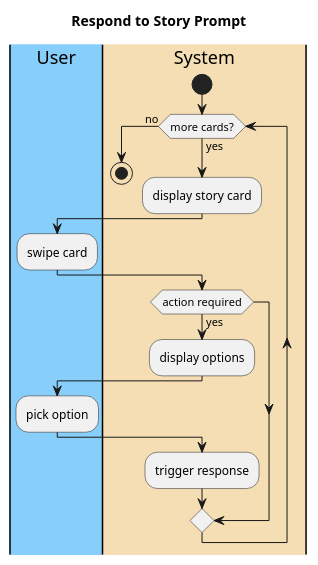
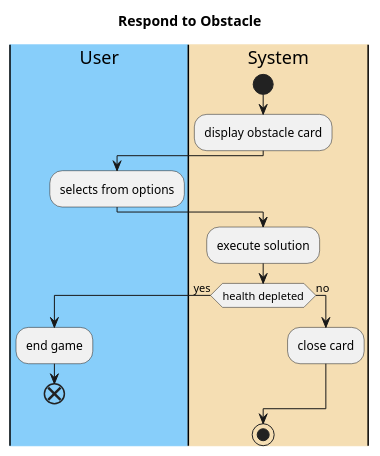
One commit to emutchek/MaraudersAtSea changed the diagram in CMPU_203_PirateGame/doc/use-cases/Respond_To_Obstacles.md. Above: the diagram before and after it, drawn with PlantUML. The commit also changed other lines of this file and 1 other file, not shown here.

````diff
--- a/CMPU_203_PirateGame/doc/use-cases/Respond_To_Obstacles.md
+++ b/CMPU_203_PirateGame/doc/use-cases/Respond_To_Obstacles.md
@@ -30,27 +32,25 @@
 ```PlantUML
 @startuml
-title Respond to Story Prompt
+title Respond to Obstacle
 |#LightSkyBlue|User|
 |#Wheat|System|
 
 |System|
 start
-while (more cards?) is (yes)
-    :display story card;
+:display obstacle card;
+|User|
+:selects from options;
+|System|
+:execute solution;
+if (health depleted) then (yes)
     |User|
-    :swipe card;
+    :end game;
+    end
+else (no)
+|System|
+:close card;
+endif
 
-|System|
-if (action required) then (yes)
-    :display options;
-    |User|
-    :pick option;
-
-|System|
-:trigger response;
-
-endif
-endwhile (no)
 stop
 @enduml
 ```
````
